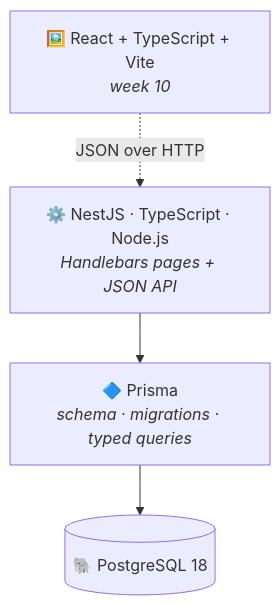
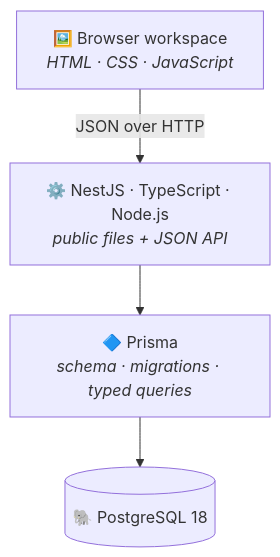
One commit to gulnihalarikaymak/alumni changed the fourth of 13 diagrams in README.md. Above: the diagram before and after it, drawn with Mermaid. The commit also changed other lines of this file and 73 other files, not shown here.

Commit message:
refactor(frontend): replace Handlebars workspace with API-backed pages

````diff
--- a/README.md
+++ b/README.md
@@ -207,9 +203,9 @@
 ```mermaid
 flowchart TB
-    FE["🖼️ React + TypeScript + Vite<br/><i>week 10</i>"]
-    BE["⚙️ NestJS · TypeScript · Node.js<br/><i>Handlebars pages + JSON API</i>"]
+    FE["🖼️ Browser workspace<br/><i>HTML · CSS · JavaScript</i>"]
+    BE["⚙️ NestJS · TypeScript · Node.js<br/><i>public files + JSON API</i>"]
     ORM["🔷 Prisma<br/><i>schema · migrations · typed queries</i>"]
     DB[("🐘 PostgreSQL 18")]
 
-    FE -.->|"JSON over HTTP"| BE --> ORM --> DB
+    FE -->|"JSON over HTTP"| BE --> ORM --> DB
 ```
````
